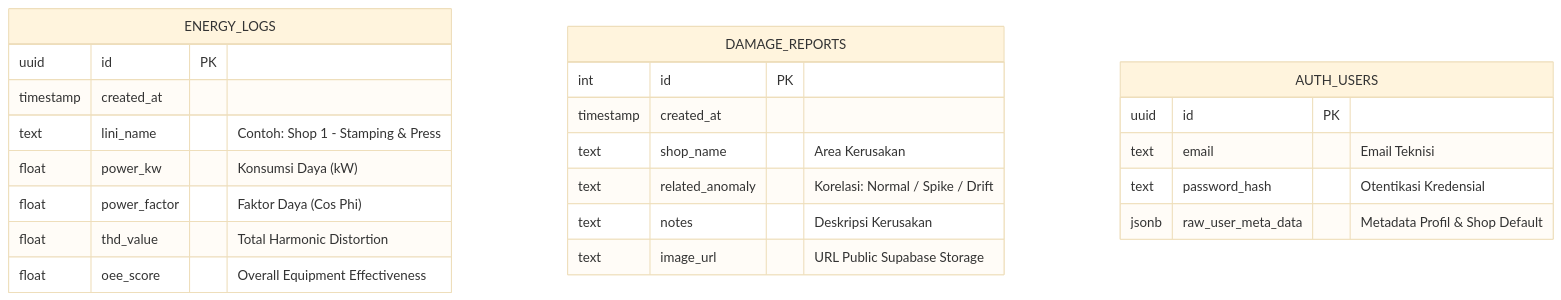
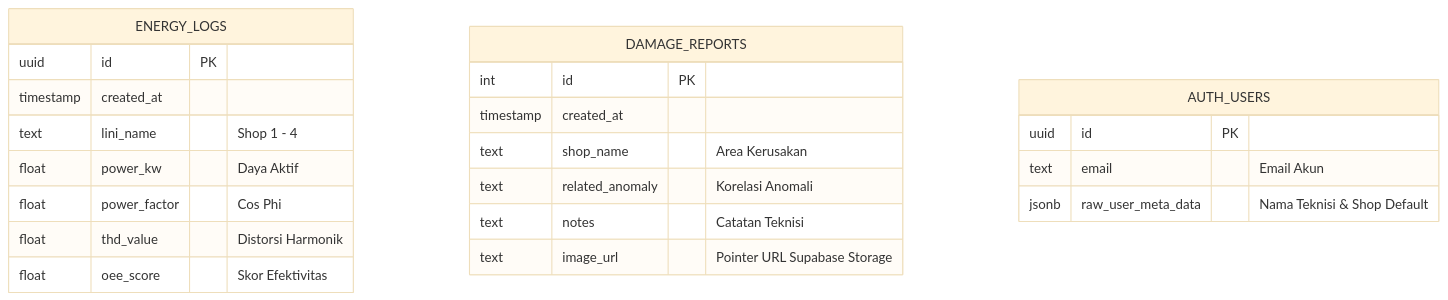
One commit to beambomb/AEMADS changed the second of 2 diagrams in README.md. Above: the diagram before and after it, drawn with Mermaid (base theme). The commit also changed other lines of this file, not shown here.

````diff
--- a/README.md
+++ b/README.md
@@ -111,28 +68,25 @@
 ```mermaid
 erDiagram
     ENERGY_LOGS {
         uuid id PK
         timestamp created_at
-        text lini_name "Contoh: Shop 1 - Stamping & Press"
-        float power_kw "Konsumsi Daya (kW)"
-        float power_factor "Faktor Daya (Cos Phi)"
-        float thd_value "Total Harmonic Distortion"
-        float oee_score "Overall Equipment Effectiveness"
+        text lini_name "Shop 1 - 4"
+        float power_kw "Daya Aktif"
+        float power_factor "Cos Phi"
+        float thd_value "Distorsi Harmonik"
+        float oee_score "Skor Efektivitas"
     }
-    
     DAMAGE_REPORTS {
         int id PK
         timestamp created_at
         text shop_name "Area Kerusakan"
-        text related_anomaly "Korelasi: Normal / Spike / Drift"
-        text notes "Deskripsi Kerusakan"
-        text image_url "URL Public Supabase Storage"
+        text related_anomaly "Korelasi Anomali"
+        text notes "Catatan Teknisi"
+        text image_url "Pointer URL Supabase Storage"
     }
-
     AUTH_USERS {
         uuid id PK
-        text email "Email Teknisi"
-        text password_hash "Otentikasi Kredensial"
-        jsonb raw_user_meta_data "Metadata Profil & Shop Default"
+        text email "Email Akun"
+        jsonb raw_user_meta_data "Nama Teknisi & Shop Default"
     }
 ```
````
